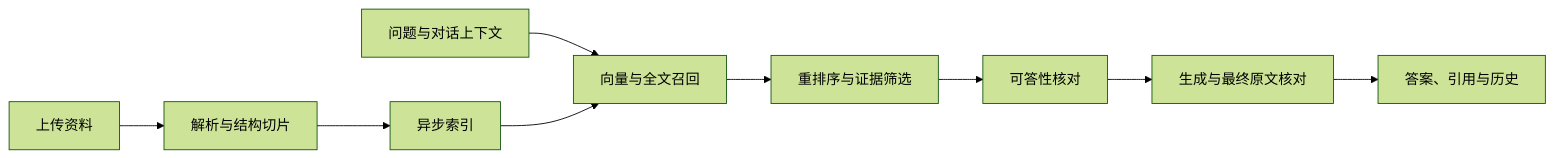
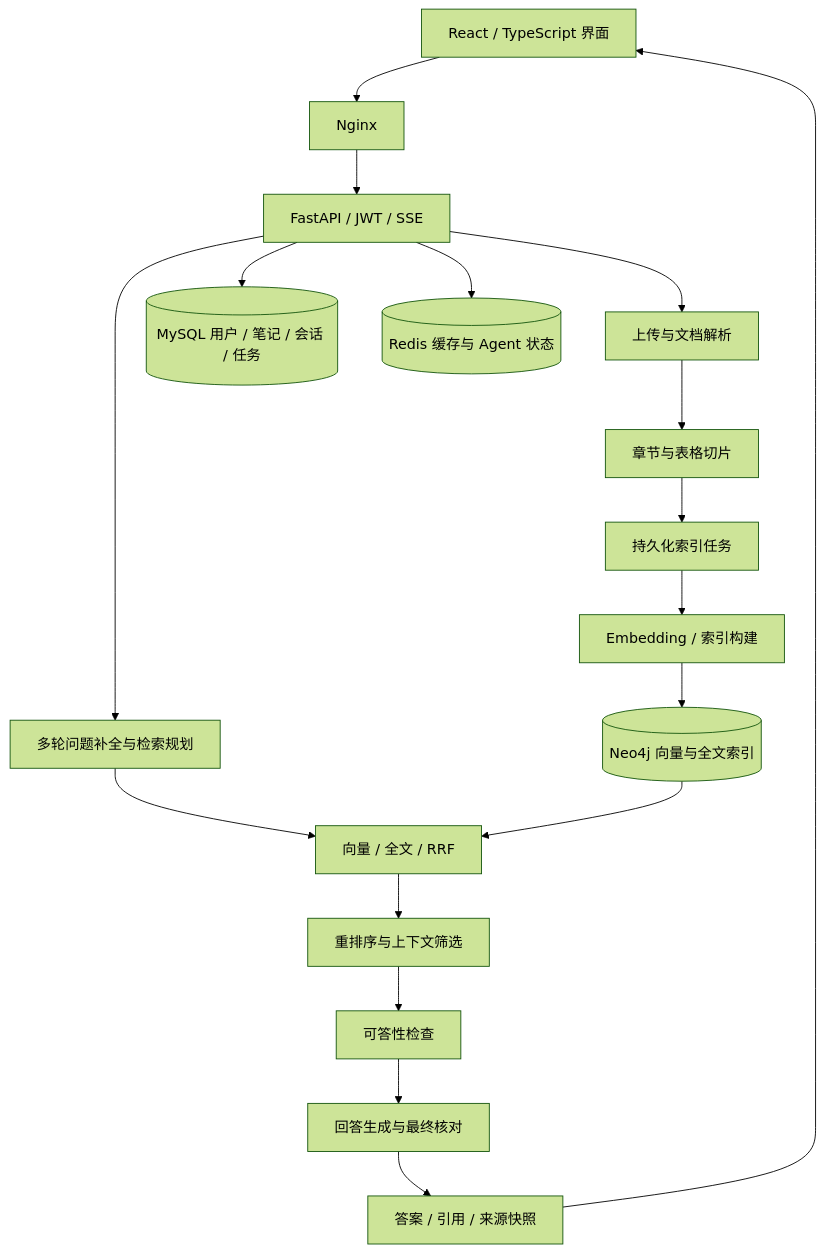
The diagram in README.md (CB-12345/zhixue-rag), drawn with Mermaid (forest theme) before and after one commit. The commit also changed other lines of this file and 21 other files, not shown here.

Commit message:
Document Zhixue architecture and streamline public repository

````diff
--- a/README.md
+++ b/README.md
@@ -42,11 +75,20 @@
 ```mermaid
-flowchart LR
-    A[上传资料] --> B[解析与结构切片]
-    B --> C[异步索引]
-    Q[问题与对话上下文] --> R[向量与全文召回]
-    C --> R
-    R --> S[重排序与证据筛选]
-    S --> T[可答性核对]
-    T --> U[生成与最终原文核对]
-    U --> V[答案、引用与历史]
+flowchart TB
+    UI[React / TypeScript 界面] --> NG[Nginx]
+    NG --> API[FastAPI / JWT / SSE]
+    API --> ING[上传与文档解析]
+    ING --> SPLIT[章节与表格切片]
+    SPLIT --> TASK[持久化索引任务]
+    TASK --> IDX[Embedding / 索引构建]
+    IDX --> NEO[(Neo4j 向量与全文索引)]
+    API --> RAG[多轮问题补全与检索规划]
+    RAG --> SEARCH[向量 / 全文 / RRF]
+    NEO --> SEARCH
+    SEARCH --> RANK[重排序与上下文筛选]
+    RANK --> CHECK[可答性检查]
+    CHECK --> LLM[回答生成与最终核对]
+    LLM --> OUT[答案 / 引用 / 来源快照]
+    OUT --> UI
+    API --> SQL[(MySQL 用户 / 笔记 / 会话 / 任务)]
+    API --> REDIS[(Redis 缓存与 Agent 状态)]
 ```
````
